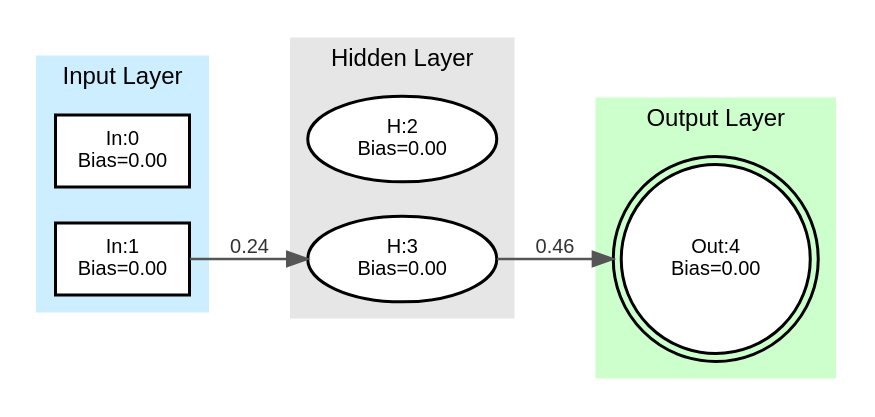
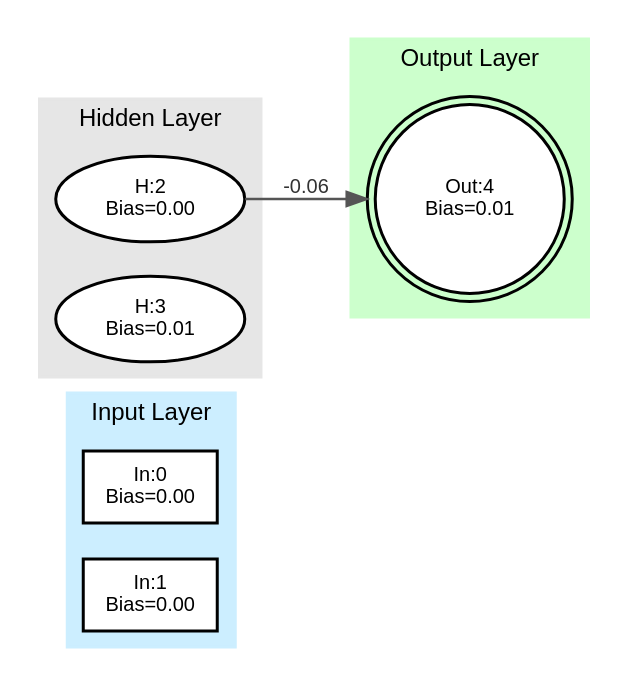
The diagram in minet_test.dot (Apoxtrophe/MiNET_AI), drawn with Graphviz before and after one commit. The commit also changed 3 other files, not shown here.

```diff
--- a/minet_test.dot
+++ b/minet_test.dot
@@ -1,46 +1,45 @@
 digraph Minet {
     // Use left-to-right orientation
     rankdir=LR;
     graph [layout=dot, fontname="Helvetica", fontsize=12];
     node [fontname="Helvetica", fontsize=10];
     edge [fontname="Helvetica", fontsize=10];
 
     subgraph cluster_inputs {
         style=filled;
         color="#cceeff";
         penwidth=1.5;
         label="Input Layer";
         labelloc="top";
         labeljust="center";
         rank=same;
         neuron_0 [shape=box, style=filled, fillcolor=white, penwidth=1.5, label="In:0\nBias=0.00"];
         neuron_1 [shape=box, style=filled, fillcolor=white, penwidth=1.5, label="In:1\nBias=0.00"];
     }
 
     subgraph cluster_hidden {
         style=filled;
         color="#e6e6e6";
         penwidth=1.5;
         label="Hidden Layer";
         labelloc="top";
         labeljust="center";
         neuron_2 [shape=ellipse, style=filled, fillcolor=white, penwidth=1.5, label="H:2\nBias=0.00"];
-        neuron_3 [shape=ellipse, style=filled, fillcolor=white, penwidth=1.5, label="H:3\nBias=0.00"];
+        neuron_3 [shape=ellipse, style=filled, fillcolor=white, penwidth=1.5, label="H:3\nBias=0.01"];
     }
 
     subgraph cluster_outputs {
         style=filled;
         color="#ccffcc";
         penwidth=1.5;
         label="Output Layer";
         labelloc="top";
         labeljust="center";
         rank=same;
-        neuron_4 [shape=doublecircle, style=filled, fillcolor=white, penwidth=1.5, label="Out:4\nBias=0.00"];
+        neuron_4 [shape=doublecircle, style=filled, fillcolor=white, penwidth=1.5, label="Out:4\nBias=0.01"];
     }
 
     // Edges
     edge [color="#555555", penwidth=1.2];
-    neuron_1 -> neuron_3 [label="0.24", fontcolor="#333333"];
-    neuron_3 -> neuron_4 [label="0.46", fontcolor="#333333"];
+    neuron_2 -> neuron_4 [label="-0.06", fontcolor="#333333"];
 }
```
